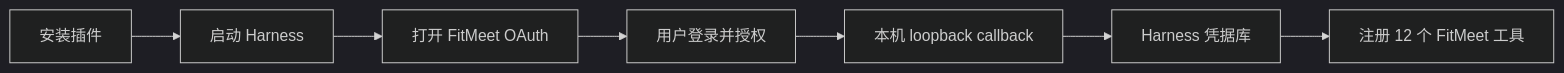
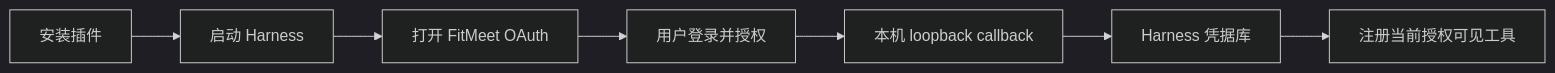
One commit to liudejua27-blip/fitmeet-dsh-plugin changed the diagram in README.md. Above: the diagram before and after it, drawn with Mermaid (dark theme). The commit also changed other lines of this file and 5 other files, not shown here.

````diff
--- a/README.md
+++ b/README.md
@@ -102,9 +102,9 @@
 ```mermaid
 flowchart LR
   Install[安装插件] --> Start[启动 Harness]
   Start --> Browser[打开 FitMeet OAuth]
   Browser --> Consent[用户登录并授权]
   Consent --> Callback[本机 loopback callback]
   Callback --> Credentials[Harness 凭据库]
-  Credentials --> Tools[注册 12 个 FitMeet 工具]
+  Credentials --> Tools[注册当前授权可见工具]
 ```
````
